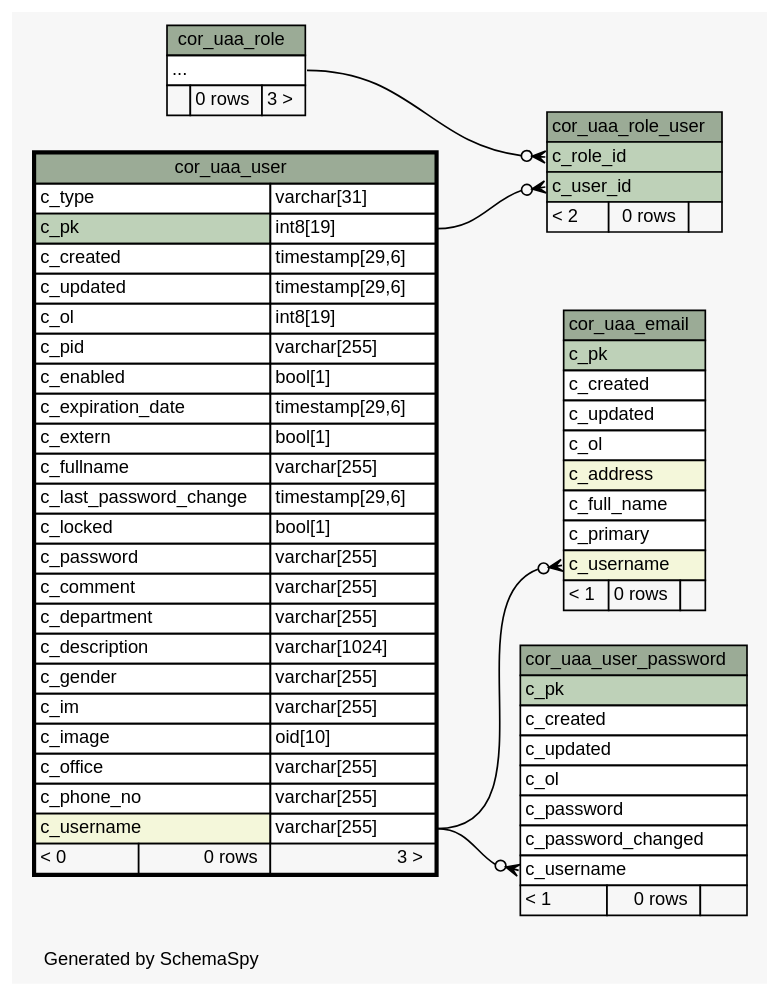
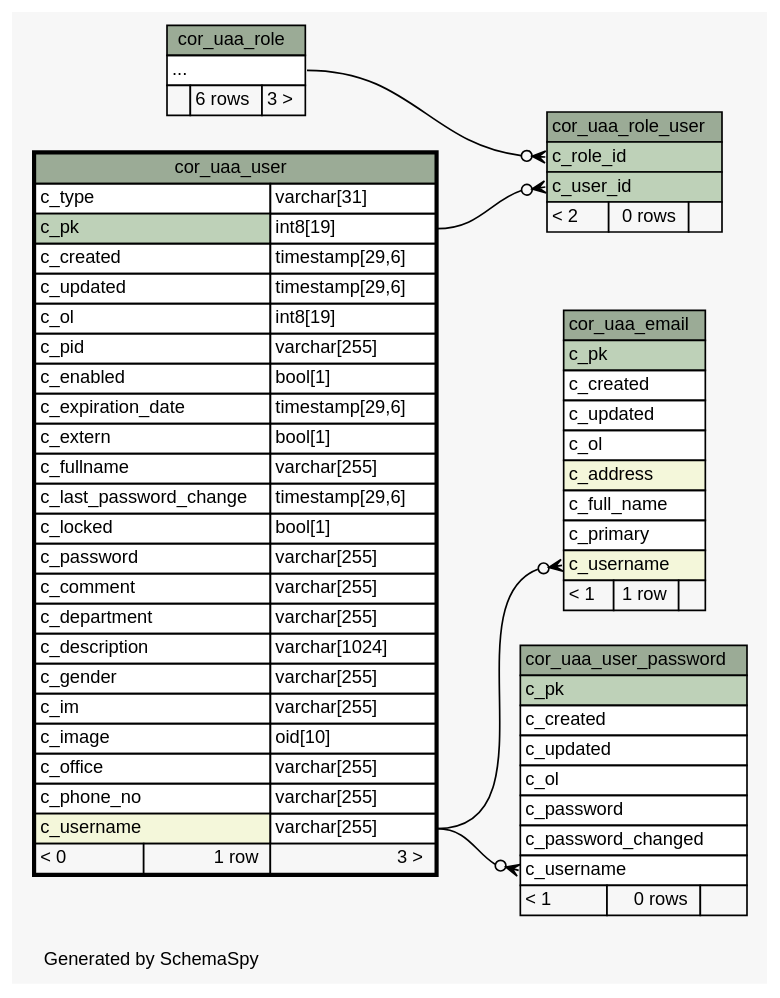
The diagram in 1.1.0-SNAPSHOT/schemaspy/diagrams/cor_uaa_user.2degrees.dot (openwms/org.openwms.core.uaa), drawn with Graphviz before and after one commit. The commit also changed 240 other files, not shown here.

```diff
--- a/1.1.0-SNAPSHOT/schemaspy/diagrams/cor_uaa_user.2degrees.dot
+++ b/1.1.0-SNAPSHOT/schemaspy/diagrams/cor_uaa_user.2degrees.dot
@@ -1,111 +1,111 @@
-// dot 2.43.0 on Linux 5.4.0-1039-azure
+// dot 2.43.0 on Linux 5.4.0-1043-azure
 // SchemaSpy rev Unknown
 digraph "twoDegreesRelationshipsDiagram" {
   graph [
     rankdir="RL"
     bgcolor="#f7f7f7"
     label="\nGenerated by SchemaSpy"
     labeljust="l"
     nodesep="0.18"
     ranksep="0.46"
     fontname="Helvetica"
     fontsize="11"
   ];
   node [
     fontname="Helvetica"
     fontsize="11"
     shape="plaintext"
   ];
   edge [
     arrowsize="0.8"
   ];
   "cor_uaa_email":"c_username":w -> "cor_uaa_user":"c_username.type":e [arrowhead=none dir=back arrowtail=crowodot];
   "cor_uaa_role_user":"c_role_id":w -> "cor_uaa_role":"elipses":e [arrowhead=none dir=back arrowtail=crowodot];
   "cor_uaa_role_user":"c_user_id":w -> "cor_uaa_user":"c_pk.type":e [arrowhead=none dir=back arrowtail=crowodot];
   "cor_uaa_user_password":"c_username":w -> "cor_uaa_user":"c_username.type":e [arrowhead=none dir=back arrowtail=crowodot];
   "cor_uaa_email" [
     label=<
     <TABLE BORDER="0" CELLBORDER="1" CELLSPACING="0" BGCOLOR="#ffffff">
       <TR><TD COLSPAN="3" BGCOLOR="#9bab96" ALIGN="CENTER">cor_uaa_email</TD></TR>
       <TR><TD PORT="c_pk" COLSPAN="3" BGCOLOR="#bed1b8" ALIGN="LEFT">c_pk</TD></TR>
       <TR><TD PORT="c_created" COLSPAN="3" ALIGN="LEFT">c_created</TD></TR>
       <TR><TD PORT="c_updated" COLSPAN="3" ALIGN="LEFT">c_updated</TD></TR>
       <TR><TD PORT="c_ol" COLSPAN="3" ALIGN="LEFT">c_ol</TD></TR>
       <TR><TD PORT="c_address" COLSPAN="3" BGCOLOR="#f4f7da" ALIGN="LEFT">c_address</TD></TR>
       <TR><TD PORT="c_full_name" COLSPAN="3" ALIGN="LEFT">c_full_name</TD></TR>
       <TR><TD PORT="c_primary" COLSPAN="3" ALIGN="LEFT">c_primary</TD></TR>
       <TR><TD PORT="c_username" COLSPAN="3" BGCOLOR="#f4f7da" ALIGN="LEFT">c_username</TD></TR>
-      <TR><TD ALIGN="LEFT" BGCOLOR="#f7f7f7">&lt; 1</TD><TD ALIGN="RIGHT" BGCOLOR="#f7f7f7">0 rows</TD><TD ALIGN="RIGHT" BGCOLOR="#f7f7f7">  </TD></TR>
+      <TR><TD ALIGN="LEFT" BGCOLOR="#f7f7f7">&lt; 1</TD><TD ALIGN="RIGHT" BGCOLOR="#f7f7f7">1 row</TD><TD ALIGN="RIGHT" BGCOLOR="#f7f7f7">  </TD></TR>
     </TABLE>>
     URL="cor_uaa_email.html"
     tooltip="cor_uaa_email"
   ];
   "cor_uaa_role" [
     label=<
     <TABLE BORDER="0" CELLBORDER="1" CELLSPACING="0" BGCOLOR="#ffffff">
       <TR><TD COLSPAN="3" BGCOLOR="#9bab96" ALIGN="CENTER">cor_uaa_role</TD></TR>
       <TR><TD PORT="elipses" COLSPAN="3" ALIGN="LEFT">...</TD></TR>
-      <TR><TD ALIGN="LEFT" BGCOLOR="#f7f7f7">  </TD><TD ALIGN="RIGHT" BGCOLOR="#f7f7f7">0 rows</TD><TD ALIGN="RIGHT" BGCOLOR="#f7f7f7">3 &gt;</TD></TR>
+      <TR><TD ALIGN="LEFT" BGCOLOR="#f7f7f7">  </TD><TD ALIGN="RIGHT" BGCOLOR="#f7f7f7">6 rows</TD><TD ALIGN="RIGHT" BGCOLOR="#f7f7f7">3 &gt;</TD></TR>
     </TABLE>>
     URL="cor_uaa_role.html"
     tooltip="cor_uaa_role"
   ];
   "cor_uaa_role_user" [
     label=<
     <TABLE BORDER="0" CELLBORDER="1" CELLSPACING="0" BGCOLOR="#ffffff">
       <TR><TD COLSPAN="3" BGCOLOR="#9bab96" ALIGN="CENTER">cor_uaa_role_user</TD></TR>
       <TR><TD PORT="c_role_id" COLSPAN="3" BGCOLOR="#bed1b8" ALIGN="LEFT">c_role_id</TD></TR>
       <TR><TD PORT="c_user_id" COLSPAN="3" BGCOLOR="#bed1b8" ALIGN="LEFT">c_user_id</TD></TR>
       <TR><TD ALIGN="LEFT" BGCOLOR="#f7f7f7">&lt; 2</TD><TD ALIGN="RIGHT" BGCOLOR="#f7f7f7">0 rows</TD><TD ALIGN="RIGHT" BGCOLOR="#f7f7f7">  </TD></TR>
     </TABLE>>
     URL="cor_uaa_role_user.html"
     tooltip="cor_uaa_role_user"
   ];
   "cor_uaa_user" [
     label=<
     <TABLE BORDER="2" CELLBORDER="1" CELLSPACING="0" BGCOLOR="#ffffff">
       <TR><TD COLSPAN="3" BGCOLOR="#9bab96" ALIGN="CENTER">cor_uaa_user</TD></TR>
       <TR><TD PORT="c_type" COLSPAN="2" ALIGN="LEFT">c_type</TD><TD PORT="c_type.type" ALIGN="LEFT">varchar[31]</TD></TR>
       <TR><TD PORT="c_pk" COLSPAN="2" BGCOLOR="#bed1b8" ALIGN="LEFT">c_pk</TD><TD PORT="c_pk.type" ALIGN="LEFT">int8[19]</TD></TR>
       <TR><TD PORT="c_created" COLSPAN="2" ALIGN="LEFT">c_created</TD><TD PORT="c_created.type" ALIGN="LEFT">timestamp[29,6]</TD></TR>
       <TR><TD PORT="c_updated" COLSPAN="2" ALIGN="LEFT">c_updated</TD><TD PORT="c_updated.type" ALIGN="LEFT">timestamp[29,6]</TD></TR>
       <TR><TD PORT="c_ol" COLSPAN="2" ALIGN="LEFT">c_ol</TD><TD PORT="c_ol.type" ALIGN="LEFT">int8[19]</TD></TR>
       <TR><TD PORT="c_pid" COLSPAN="2" ALIGN="LEFT">c_pid</TD><TD PORT="c_pid.type" ALIGN="LEFT">varchar[255]</TD></TR>
       <TR><TD PORT="c_enabled" COLSPAN="2" ALIGN="LEFT">c_enabled</TD><TD PORT="c_enabled.type" ALIGN="LEFT">bool[1]</TD></TR>
       <TR><TD PORT="c_expiration_date" COLSPAN="2" ALIGN="LEFT">c_expiration_date</TD><TD PORT="c_expiration_date.type" ALIGN="LEFT">timestamp[29,6]</TD></TR>
       <TR><TD PORT="c_extern" COLSPAN="2" ALIGN="LEFT">c_extern</TD><TD PORT="c_extern.type" ALIGN="LEFT">bool[1]</TD></TR>
       <TR><TD PORT="c_fullname" COLSPAN="2" ALIGN="LEFT">c_fullname</TD><TD PORT="c_fullname.type" ALIGN="LEFT">varchar[255]</TD></TR>
       <TR><TD PORT="c_last_password_change" COLSPAN="2" ALIGN="LEFT">c_last_password_change</TD><TD PORT="c_last_password_change.type" ALIGN="LEFT">timestamp[29,6]</TD></TR>
       <TR><TD PORT="c_locked" COLSPAN="2" ALIGN="LEFT">c_locked</TD><TD PORT="c_locked.type" ALIGN="LEFT">bool[1]</TD></TR>
       <TR><TD PORT="c_password" COLSPAN="2" ALIGN="LEFT">c_password</TD><TD PORT="c_password.type" ALIGN="LEFT">varchar[255]</TD></TR>
       <TR><TD PORT="c_comment" COLSPAN="2" ALIGN="LEFT">c_comment</TD><TD PORT="c_comment.type" ALIGN="LEFT">varchar[255]</TD></TR>
       <TR><TD PORT="c_department" COLSPAN="2" ALIGN="LEFT">c_department</TD><TD PORT="c_department.type" ALIGN="LEFT">varchar[255]</TD></TR>
       <TR><TD PORT="c_description" COLSPAN="2" ALIGN="LEFT">c_description</TD><TD PORT="c_description.type" ALIGN="LEFT">varchar[1024]</TD></TR>
       <TR><TD PORT="c_gender" COLSPAN="2" ALIGN="LEFT">c_gender</TD><TD PORT="c_gender.type" ALIGN="LEFT">varchar[255]</TD></TR>
       <TR><TD PORT="c_im" COLSPAN="2" ALIGN="LEFT">c_im</TD><TD PORT="c_im.type" ALIGN="LEFT">varchar[255]</TD></TR>
       <TR><TD PORT="c_image" COLSPAN="2" ALIGN="LEFT">c_image</TD><TD PORT="c_image.type" ALIGN="LEFT">oid[10]</TD></TR>
       <TR><TD PORT="c_office" COLSPAN="2" ALIGN="LEFT">c_office</TD><TD PORT="c_office.type" ALIGN="LEFT">varchar[255]</TD></TR>
       <TR><TD PORT="c_phone_no" COLSPAN="2" ALIGN="LEFT">c_phone_no</TD><TD PORT="c_phone_no.type" ALIGN="LEFT">varchar[255]</TD></TR>
       <TR><TD PORT="c_username" COLSPAN="2" BGCOLOR="#f4f7da" ALIGN="LEFT">c_username</TD><TD PORT="c_username.type" ALIGN="LEFT">varchar[255]</TD></TR>
-      <TR><TD ALIGN="LEFT" BGCOLOR="#f7f7f7">&lt; 0</TD><TD ALIGN="RIGHT" BGCOLOR="#f7f7f7">0 rows</TD><TD ALIGN="RIGHT" BGCOLOR="#f7f7f7">3 &gt;</TD></TR>
+      <TR><TD ALIGN="LEFT" BGCOLOR="#f7f7f7">&lt; 0</TD><TD ALIGN="RIGHT" BGCOLOR="#f7f7f7">1 row</TD><TD ALIGN="RIGHT" BGCOLOR="#f7f7f7">3 &gt;</TD></TR>
     </TABLE>>
     URL="cor_uaa_user.html"
     tooltip="cor_uaa_user"
   ];
   "cor_uaa_user_password" [
     label=<
     <TABLE BORDER="0" CELLBORDER="1" CELLSPACING="0" BGCOLOR="#ffffff">
       <TR><TD COLSPAN="3" BGCOLOR="#9bab96" ALIGN="CENTER">cor_uaa_user_password</TD></TR>
       <TR><TD PORT="c_pk" COLSPAN="3" BGCOLOR="#bed1b8" ALIGN="LEFT">c_pk</TD></TR>
       <TR><TD PORT="c_created" COLSPAN="3" ALIGN="LEFT">c_created</TD></TR>
       <TR><TD PORT="c_updated" COLSPAN="3" ALIGN="LEFT">c_updated</TD></TR>
       <TR><TD PORT="c_ol" COLSPAN="3" ALIGN="LEFT">c_ol</TD></TR>
       <TR><TD PORT="c_password" COLSPAN="3" ALIGN="LEFT">c_password</TD></TR>
       <TR><TD PORT="c_password_changed" COLSPAN="3" ALIGN="LEFT">c_password_changed</TD></TR>
       <TR><TD PORT="c_username" COLSPAN="3" ALIGN="LEFT">c_username</TD></TR>
       <TR><TD ALIGN="LEFT" BGCOLOR="#f7f7f7">&lt; 1</TD><TD ALIGN="RIGHT" BGCOLOR="#f7f7f7">0 rows</TD><TD ALIGN="RIGHT" BGCOLOR="#f7f7f7">  </TD></TR>
     </TABLE>>
     URL="cor_uaa_user_password.html"
     tooltip="cor_uaa_user_password"
   ];
 }
```
